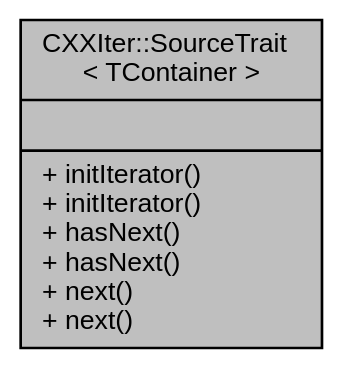
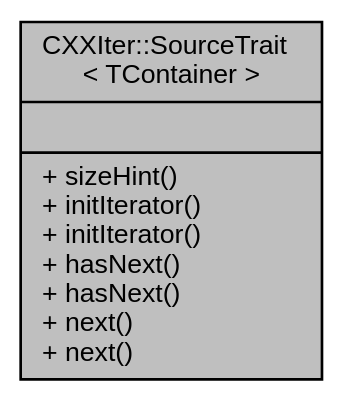
One commit to seijikun/CXXIter changed the diagram in structCXXIter_1_1SourceTrait__coll__graph.dot. Above: the diagram before and after it, drawn with Graphviz. The commit also changed 90 other files, not shown here.

```diff
--- a/structCXXIter_1_1SourceTrait__coll__graph.dot
+++ b/structCXXIter_1_1SourceTrait__coll__graph.dot
@@ -1,9 +1,9 @@
 digraph "CXXIter::SourceTrait&lt; TContainer &gt;"
 {
  // INTERACTIVE_SVG=YES
  // LATEX_PDF_SIZE
   bgcolor="transparent";
   edge [fontname="Helvetica",fontsize="10",labelfontname="Helvetica",labelfontsize="10"];
   node [fontname="Helvetica",fontsize="10",shape=record];
-  Node1 [label="{CXXIter::SourceTrait\l\< TContainer \>\n||+ initIterator()\l+ initIterator()\l+ hasNext()\l+ hasNext()\l+ next()\l+ next()\l}",height=0.2,width=0.4,color="black", fillcolor="grey75", style="filled", fontcolor="black",tooltip="SourceTrait, that is used by CXXIter's standard source classes CXXIter::SrcMov, CXXIter::SrcRef and C..."];
+  Node1 [label="{CXXIter::SourceTrait\l\< TContainer \>\n||+ sizeHint()\l+ initIterator()\l+ initIterator()\l+ hasNext()\l+ hasNext()\l+ next()\l+ next()\l}",height=0.2,width=0.4,color="black", fillcolor="grey75", style="filled", fontcolor="black",tooltip="SourceTrait, that is used by CXXIter's standard source classes CXXIter::SrcMov, CXXIter::SrcRef and C..."];
 }
```
